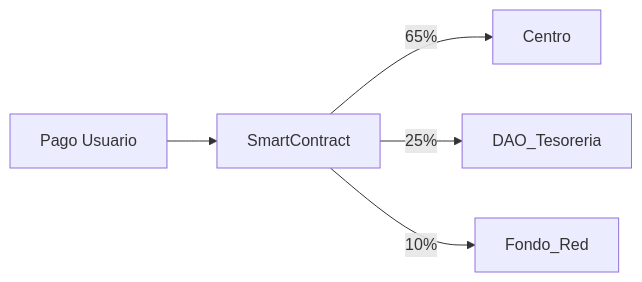
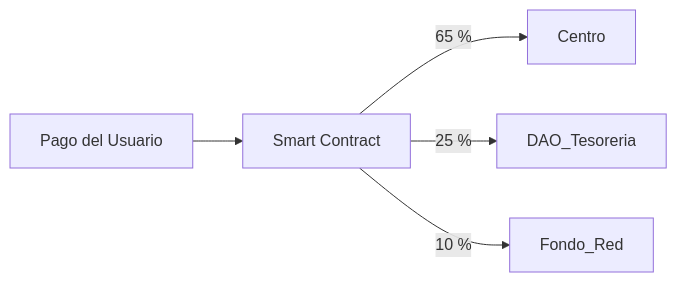
One commit to andresg01/Reddao changed the sixth of 8 diagrams in README.md. Above: the diagram before and after it, drawn with Mermaid. The commit also changed other lines of this file, not shown here.

````diff
--- a/README.md
+++ b/README.md
@@ -177,7 +185,7 @@
 ```mermaid
 flowchart LR
-    P[Pago Usuario] --> SC[SmartContract]
-    SC -->|65%| Centro
-    SC -->|25%| DAO_Tesoreria
-    SC -->|10%| Fondo_Red
+    P[Pago del Usuario] --> SC[Smart Contract]
+    SC -->|65 %| Centro
+    SC -->|25 %| DAO_Tesoreria
+    SC -->|10 %| Fondo_Red
 ```
````
